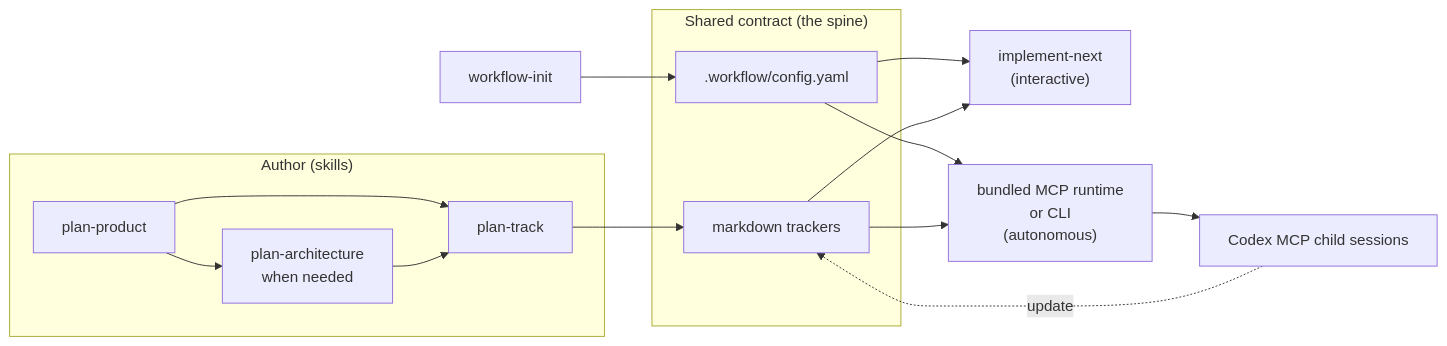
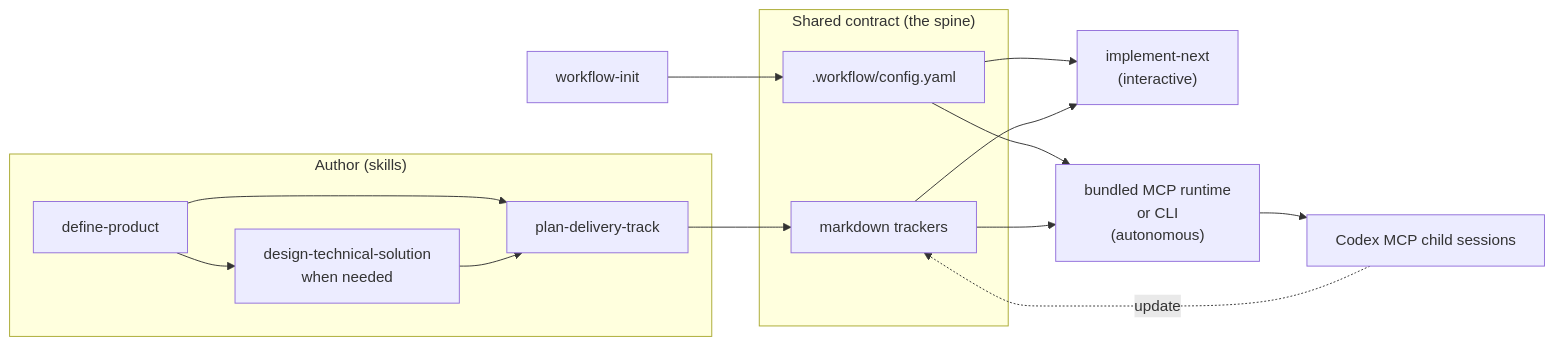
The first of 2 diagrams in README.md (aryeko/agentic-workflow-kit), drawn with Mermaid before and after one commit. The commit also changed other lines of this file and 96 other files, not shown here.

````diff
--- a/README.md
+++ b/README.md
@@ -18,20 +18,20 @@
 ```mermaid
 flowchart LR
   subgraph Author["Author (skills)"]
-    PP[plan-product] --> PA[plan-architecture<br/>when needed]
-    PP --> PT[plan-track]
+    PP[define-product] --> PA[design-technical-solution<br/>when needed]
+    PP --> PT[plan-delivery-track]
     PA --> PT
   end
   WI[workflow-init] --> CFG
   PT --> TRK
   subgraph Contract["Shared contract (the spine)"]
     CFG[".workflow/config.yaml"]
     TRK["markdown trackers"]
   end
   CFG --> IN["implement-next<br/>(interactive)"]
   TRK --> IN
   CFG --> OR["bundled MCP runtime<br/>or CLI<br/>(autonomous)"]
   TRK --> OR
   OR --> CODEX["Codex MCP child sessions"]
   CODEX -. update .-> TRK
 ```
````
